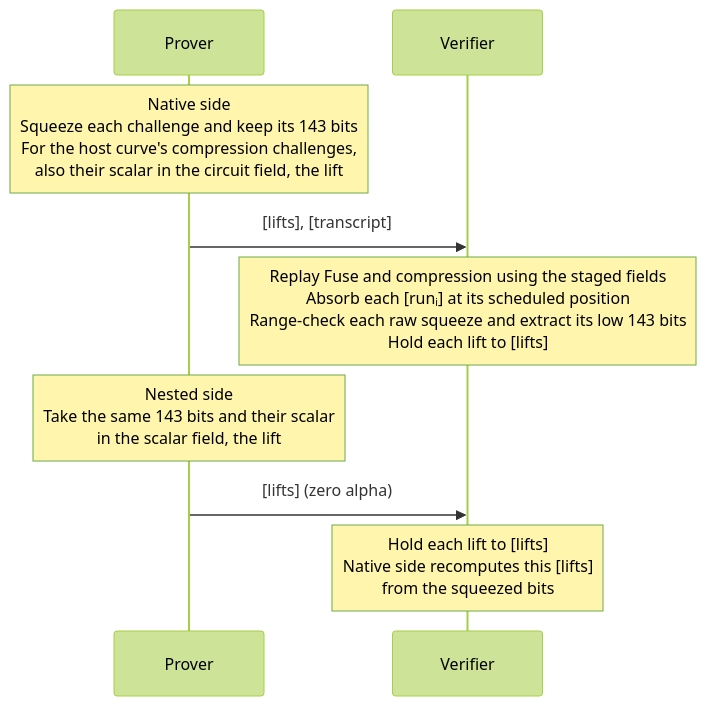
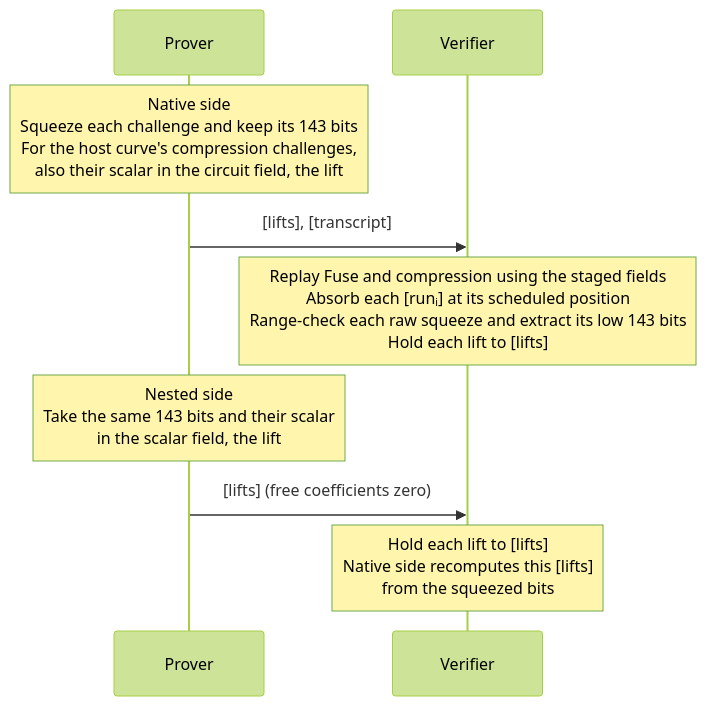
The third of 5 diagrams in book/src/protocol/recursion/decompression.md (tachyon-zcash/ragu), drawn with Mermaid (forest theme) before and after one commit. The commit also changed other lines of this file and 1 other file, not shown here.

````diff
--- a/book/src/protocol/recursion/decompression.md
+++ b/book/src/protocol/recursion/decompression.md
@@ -75,11 +129,11 @@
 ```mermaid
 sequenceDiagram
     participant P as Prover
     participant V as Verifier
     Note over P: Native side<br/>Squeeze each challenge and keep its 143 bits<br/>For the host curve's compression challenges,<br/>also their scalar in the circuit field, the lift
     P->>V: [lifts], [transcript]
     Note over V: Replay Fuse and compression using the staged fields<br/>Absorb each [runᵢ] at its scheduled position<br/>Range-check each raw squeeze and extract its low 143 bits<br/>Hold each lift to [lifts]
     Note over P: Nested side<br/>Take the same 143 bits and their scalar<br/>in the scalar field, the lift
-    P->>V: [lifts] (zero alpha)
+    P->>V: [lifts] (free coefficients zero)
     Note over V: Hold each lift to [lifts]<br/>Native side recomputes this [lifts]<br/>from the squeezed bits
 ```
````
